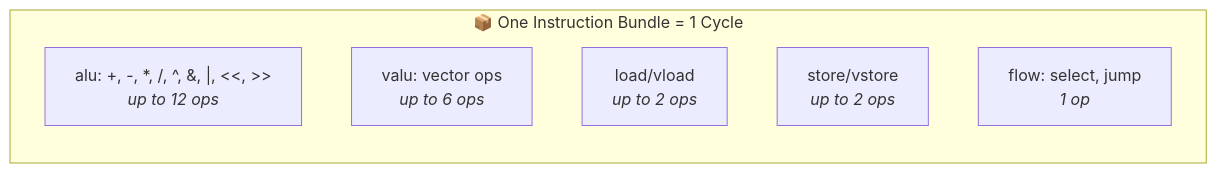
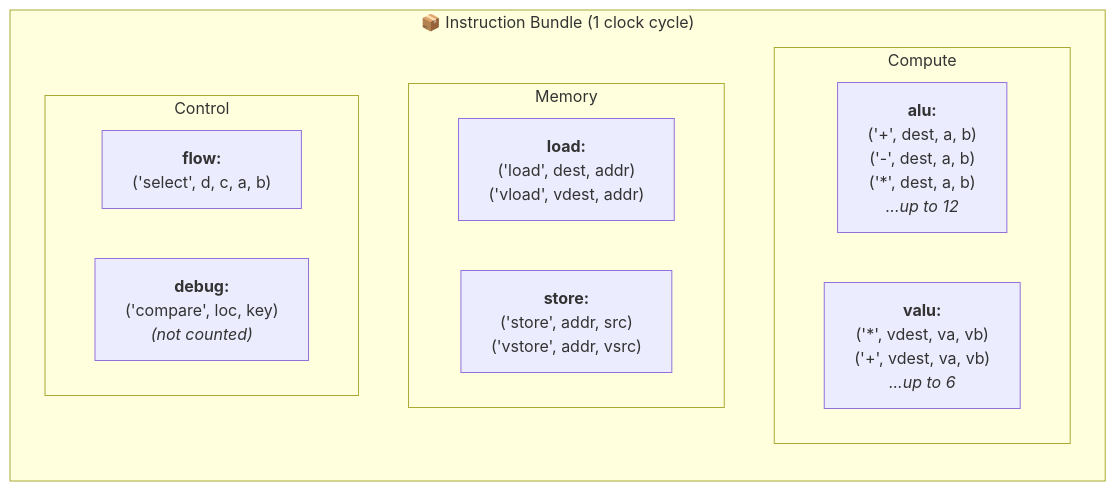
Before and after one commit to trirpi/trirpi.github.io: the second of 4 diagrams in content/posts/anthropic-performance-takehome-deep-dive.md, drawn with Mermaid. The commit also changed other lines of this file, not shown here.

Commit message:
Restore diagram details, keep horizontal layout

````diff
--- a/content/posts/anthropic-performance-takehome-deep-dive.md
+++ b/content/posts/anthropic-performance-takehome-deep-dive.md
@@ -72,10 +83,17 @@
 ```mermaid
 flowchart LR
-    subgraph bundle["📦 One Instruction Bundle = 1 Cycle"]
-        ALU["alu: +, -, *, /, ^, &, |, <<, >><br/><i>up to 12 ops</i>"]
-        VALU["valu: vector ops<br/><i>up to 6 ops</i>"]
-        LOAD["load/vload<br/><i>up to 2 ops</i>"]
-        STORE["store/vstore<br/><i>up to 2 ops</i>"]
-        FLOW["flow: select, jump<br/><i>1 op</i>"]
+    subgraph bundle["📦 Instruction Bundle (1 clock cycle)"]
+        subgraph compute["Compute"]
+            ALU["<b>alu:</b><br/>('+', dest, a, b)<br/>('-', dest, a, b)<br/>('*', dest, a, b)<br/><i>...up to 12</i>"]
+            VALU["<b>valu:</b><br/>('*', vdest, va, vb)<br/>('+', vdest, va, vb)<br/><i>...up to 6</i>"]
+        end
+        subgraph memory["Memory"]
+            LOAD["<b>load:</b><br/>('load', dest, addr)<br/>('vload', vdest, addr)"]
+            STORE["<b>store:</b><br/>('store', addr, src)<br/>('vstore', addr, vsrc)"]
+        end
+        subgraph control["Control"]
+            FLOW["<b>flow:</b><br/>('select', d, c, a, b)"]
+            DEBUG["<b>debug:</b><br/>('compare', loc, key)<br/><i>(not counted)</i>"]
+        end
     end
 ```
````
